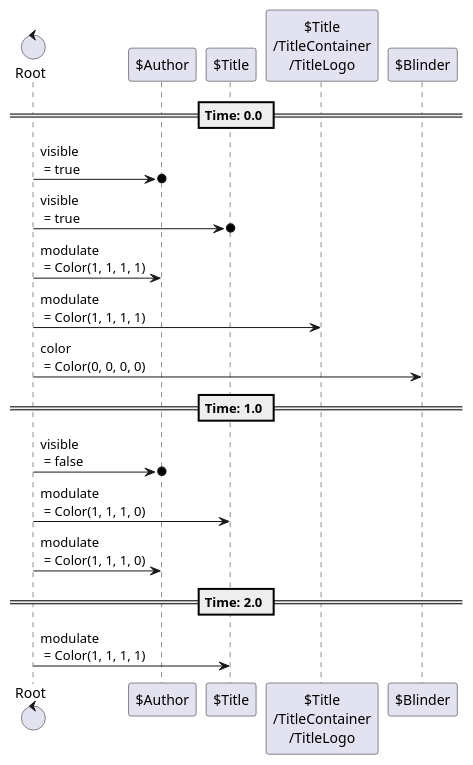
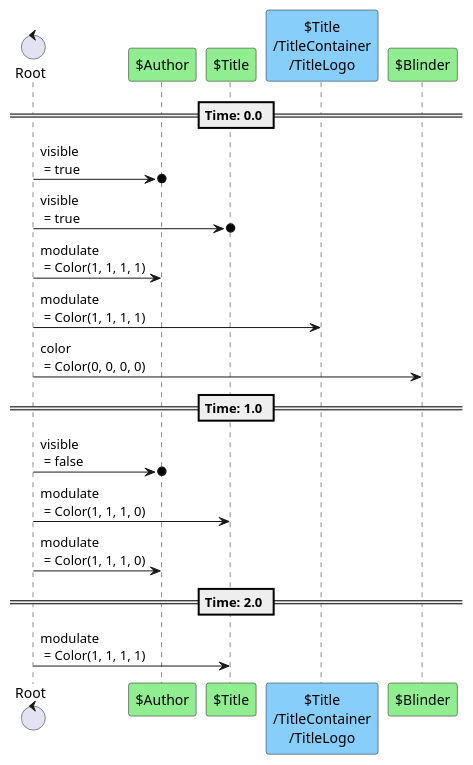
Before and after one commit to tkmfujise/Platformer-Game-Learning: the fifth of 5 diagrams in content/scenes/src/beginning/screen/screen.tscn.adoc, drawn with PlantUML. The commit also changed other lines of this file and 67 other files, not shown here.

```diff
--- a/content/scenes/src/beginning/screen/screen.tscn.adoc
+++ b/content/scenes/src/beginning/screen/screen.tscn.adoc
@@ -232,25 +232,25 @@
 [plantuml]
 ....
 control "Root" as R
-participant "$Author" as T0
-participant "$Title" as T1
-participant "$Title\n/TitleContainer\n/TitleLogo" as T4
-participant "$Blinder" as T5
+participant "$Author" as T0 #90EE90
+participant "$Title" as T1 #90EE90
+participant "$Title\n/TitleContainer\n/TitleLogo" as T4 #87CEFA
+participant "$Blinder" as T5 #90EE90
 
 
 
 == Time: 0.0 ==
 R  ->o  T0 : visible\n = true
 R  ->o  T1 : visible\n = true
 R  ->  T0 : modulate\n = Color(1, 1, 1, 1)
 R  ->  T4 : modulate\n = Color(1, 1, 1, 1)
 R  ->  T5 : color\n = Color(0, 0, 0, 0)
 == Time: 1.0 ==
 R  ->o  T0 : visible\n = false
 R  ->  T1 : modulate\n = Color(1, 1, 1, 0)
 R  ->  T0 : modulate\n = Color(1, 1, 1, 0)
 == Time: 2.0 ==
 R  ->  T1 : modulate\n = Color(1, 1, 1, 1)
 
 
 ....
```
